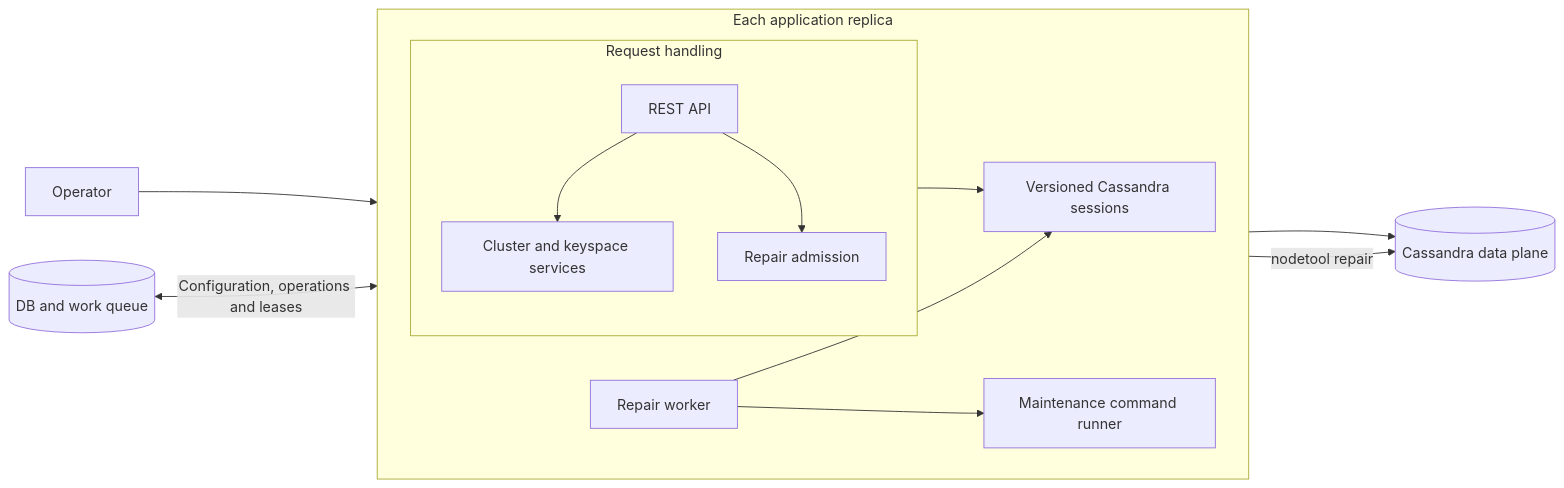
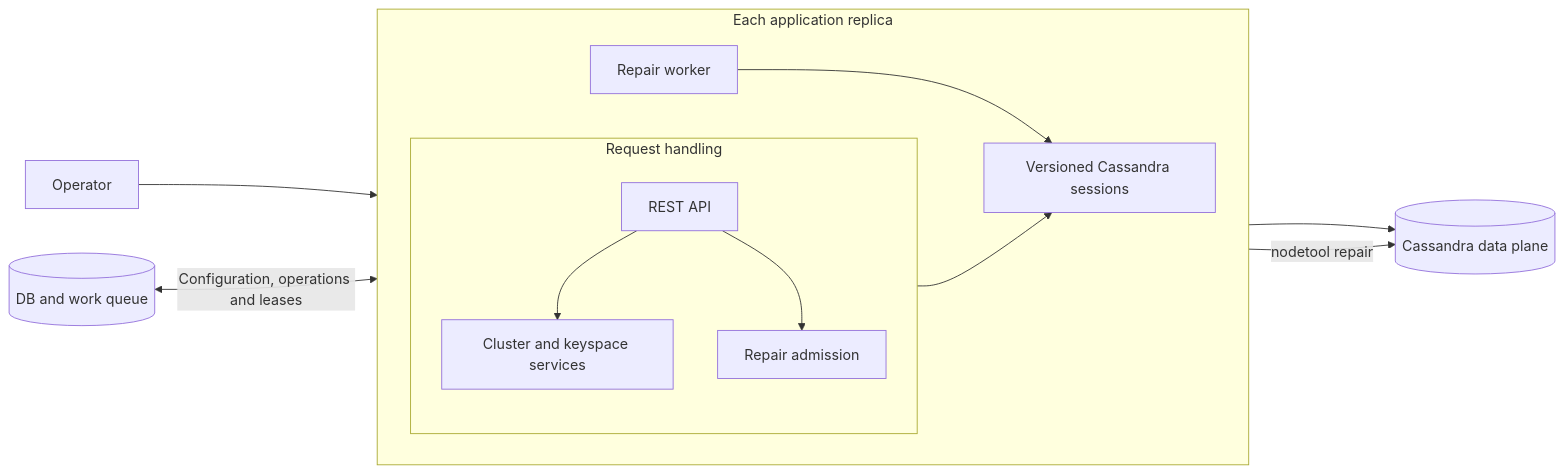
One commit to elephait/cassandra-dbaas-demo changed the first of 2 diagrams in README.md. Above: the diagram before and after it, drawn with Mermaid. The commit also changed other lines of this file and 36 other files, not shown here.

````diff
--- a/README.md
+++ b/README.md
@@ -8,20 +8,19 @@
 ```mermaid
 flowchart LR
     DB[(DB and work queue)]
     DB <-->|Configuration, operations and leases| Replica
-    Operator --> API
+    Operator --> Api
     subgraph Replica[Each application replica]
         direction LR
         subgraph Requests[Request handling]
             direction TB
-            API[REST API]
-            API --> Services[Cluster and keyspace services]
-            API --> Admission[Repair admission]
+            Api[REST API]
+            Api --> Services[Cluster and keyspace services]
+            Api --> Admission[Repair admission]
         end
         Services --> Sessions[Versioned Cassandra sessions]
         Worker[Repair worker] --> Sessions
-        Worker --> Runner[Maintenance command runner]
     end
     Sessions --> Cassandra[(Cassandra data plane)]
-    Runner -->|nodetool repair| Cassandra
+    Worker -->|nodetool repair| Cassandra
 ```
````
